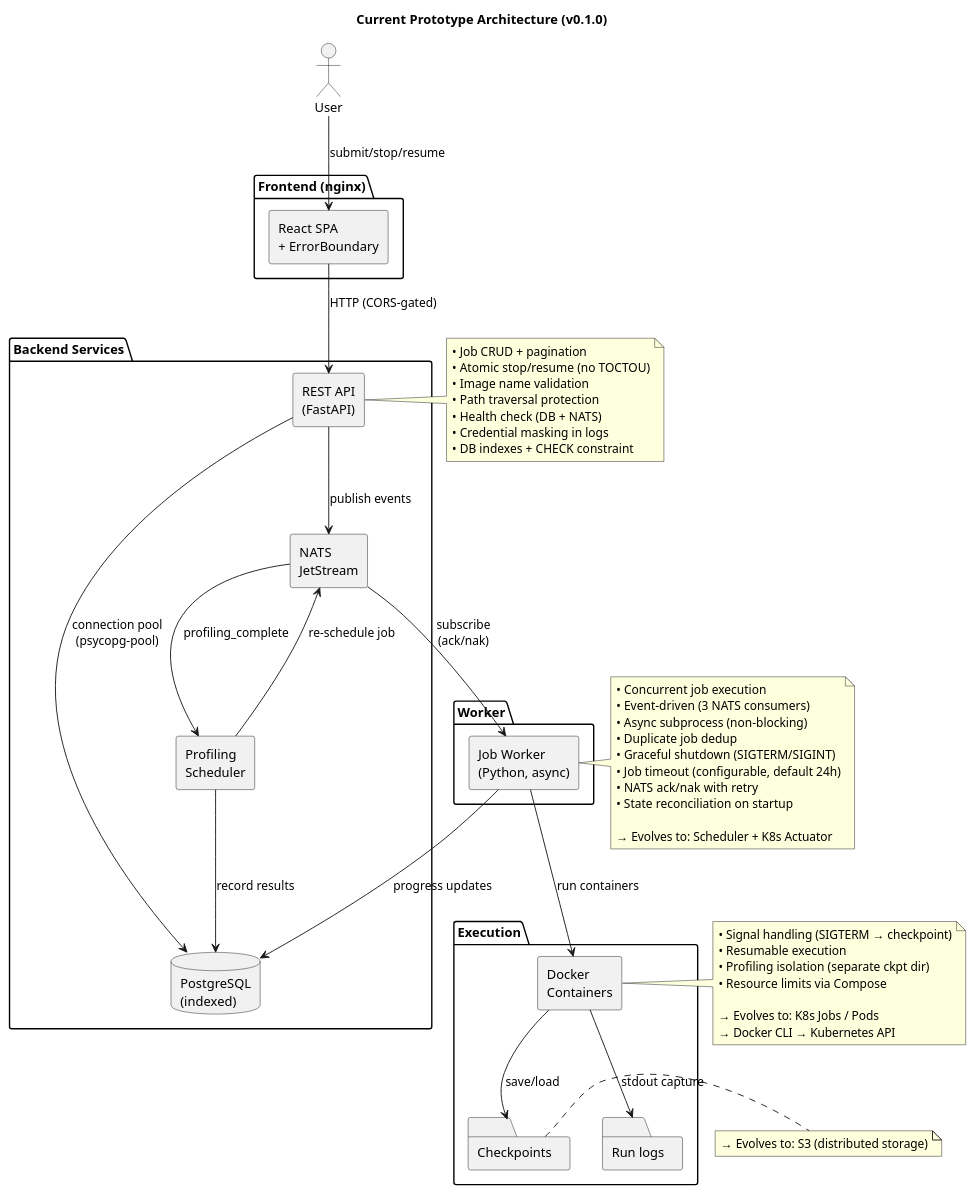
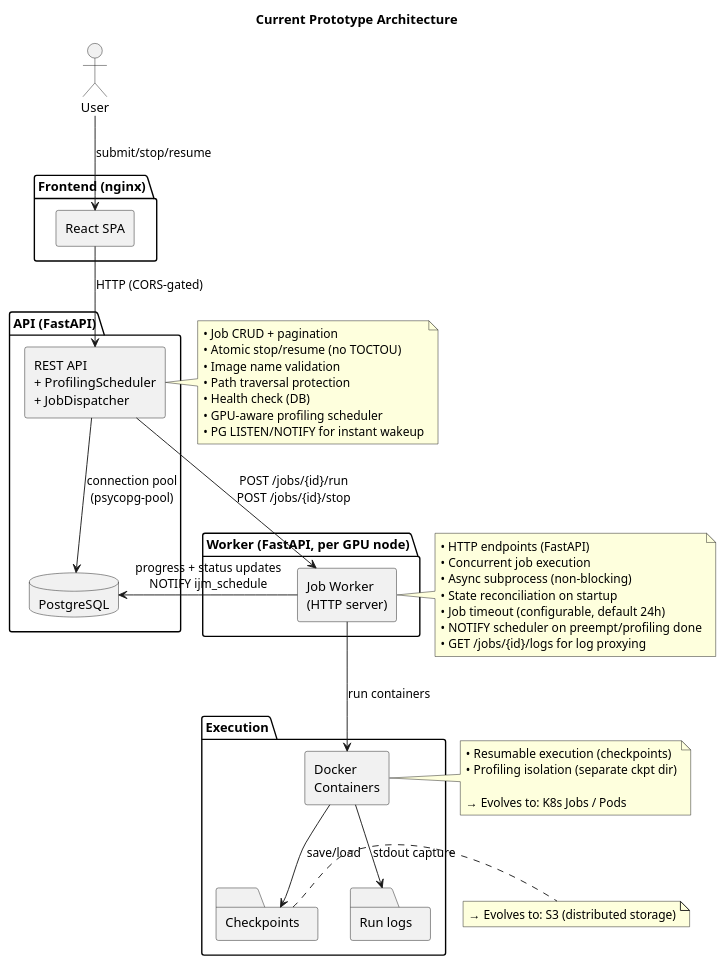
The diagram in documentation/current_prototype_status.puml (janwan2003/intelligent-job-management), drawn with PlantUML before and after one commit. The commit also changed 3 other files, not shown here.

First line of the commit message:
chore: prune stale NATS references and broken worker tests

```diff
--- a/documentation/current_prototype_status.puml
+++ b/documentation/current_prototype_status.puml
@@ -1,81 +1,69 @@
 @startuml CurrentPrototype
-title Current Prototype Architecture (v0.1.0)
+title Current Prototype Architecture
 
 skinparam shadowing false
 skinparam componentStyle rectangle
 
 actor User
 
 package "Frontend (nginx)" {
-    rectangle "React SPA\n+ ErrorBoundary" as UI
+    rectangle "React SPA" as UI
 }
 
-package "Backend Services" {
-    rectangle "REST API\n(FastAPI)" as API
-    database "PostgreSQL\n(indexed)" as DB
-    rectangle "NATS\nJetStream" as NATS
-    rectangle "Profiling\nScheduler" as Profiler
+package "API (FastAPI)" {
+    rectangle "REST API\n+ ProfilingScheduler\n+ JobDispatcher" as API
+    database "PostgreSQL" as DB
 }
 
-package "Worker" {
-    rectangle "Job Worker\n(Python, async)" as JobWorker
+package "Worker (FastAPI, per GPU node)" {
+    rectangle "Job Worker\n(HTTP server)" as JobWorker
 }
 
 package "Execution" {
     rectangle "Docker\nContainers" as Docker
     folder "Checkpoints" as Checkpoints
     folder "Run logs" as Logs
 }
 
 ' Interactions
 User --> UI : submit/stop/resume
 UI --> API : HTTP (CORS-gated)
 API --> DB : connection pool\n(psycopg-pool)
-API --> NATS : publish events
-NATS --> JobWorker : subscribe\n(ack/nak)
-NATS --> Profiler : profiling_complete
-Profiler --> DB : record results
-Profiler --> NATS : re-schedule job
+API --> JobWorker : POST /jobs/{id}/run\nPOST /jobs/{id}/stop
 JobWorker --> Docker : run containers
-JobWorker --> DB : progress updates
+JobWorker --> DB : progress + status updates\nNOTIFY ijm_schedule
 Docker --> Checkpoints : save/load
 Docker --> Logs : stdout capture
 
 note right of API
     • Job CRUD + pagination
     • Atomic stop/resume (no TOCTOU)
     • Image name validation
     • Path traversal protection
-    • Health check (DB + NATS)
-    • Credential masking in logs
-    • DB indexes + CHECK constraint
+    • Health check (DB)
+    • GPU-aware profiling scheduler
+    • PG LISTEN/NOTIFY for instant wakeup
 end note
 
 note right of JobWorker
+    • HTTP endpoints (FastAPI)
     • Concurrent job execution
-    • Event-driven (3 NATS consumers)
     • Async subprocess (non-blocking)
-    • Duplicate job dedup
-    • Graceful shutdown (SIGTERM/SIGINT)
+    • State reconciliation on startup
     • Job timeout (configurable, default 24h)
-    • NATS ack/nak with retry
-    • State reconciliation on startup
-
-    → Evolves to: Scheduler + K8s Actuator
+    • NOTIFY scheduler on preempt/profiling done
+    • GET /jobs/{id}/logs for log proxying
 end note
 
 note right of Docker
-    • Signal handling (SIGTERM → checkpoint)
-    • Resumable execution
+    • Resumable execution (checkpoints)
     • Profiling isolation (separate ckpt dir)
-    • Resource limits via Compose
 
     → Evolves to: K8s Jobs / Pods
-    → Docker CLI → Kubernetes API
 end note
 
 note right of Checkpoints
     → Evolves to: S3 (distributed storage)
 end note
 
 @enduml
```
